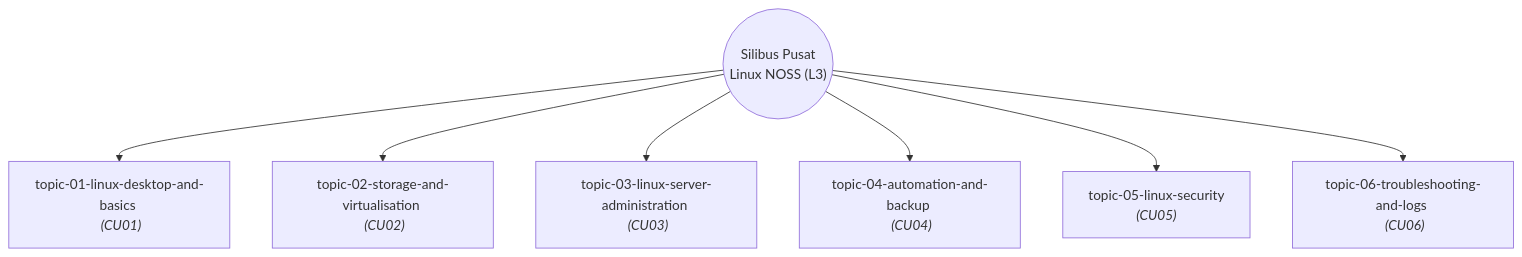
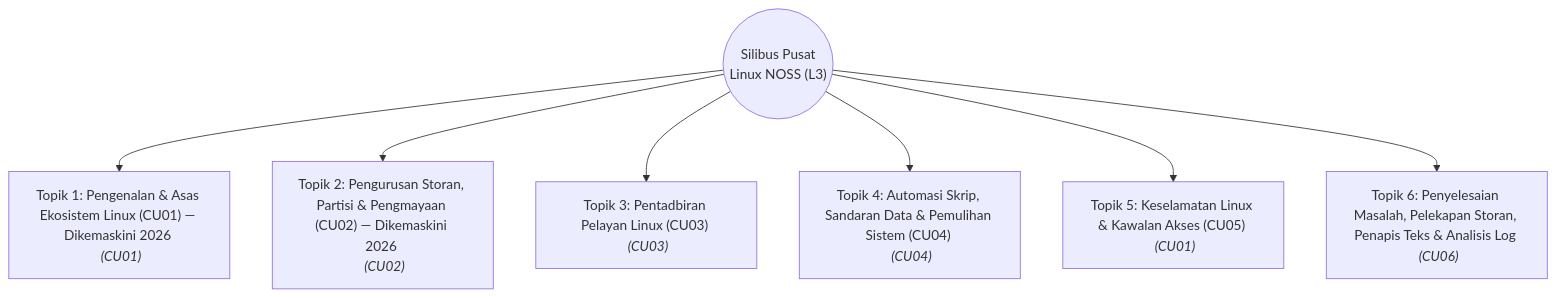
One commit to linuxmalaysia/all-my-notes-as-linux-sysadmin changed the diagram in openwiki/index.md. Above: the diagram before and after it, drawn with Mermaid. The commit also changed other lines of this file and 13 other files, not shown here.

````diff
--- a/openwiki/index.md
+++ b/openwiki/index.md
@@ -52,17 +51,17 @@
 ```mermaid
 graph TD
     Root(("Silibus Pusat\nLinux NOSS (L3)"))
 
-    T1["topic-01-linux-desktop-and-basics <br> <i>(CU01)</i>"]
-    T2["topic-02-storage-and-virtualisation <br> <i>(CU02)</i>"]
-    T3["topic-03-linux-server-administration <br> <i>(CU03)</i>"]
-    T4["topic-04-automation-and-backup <br> <i>(CU04)</i>"]
-    T5["topic-05-linux-security <br> <i>(CU05)</i>"]
-    T6["topic-06-troubleshooting-and-logs <br> <i>(CU06)</i>"]
+    T1["Topik 1: Pengenalan & Asas Ekosistem Linux (CU01) — Dikemaskini 2026 <br> <i>(CU01)</i>"]
+    T2["Topik 2: Pengurusan Storan, Partisi & Pengmayaan (CU02) — Dikemaskini 2026 <br> <i>(CU02)</i>"]
+    T3["Topik 3: Pentadbiran Pelayan Linux (CU03) <br> <i>(CU03)</i>"]
+    T4["Topik 4: Automasi Skrip, Sandaran Data & Pemulihan Sistem (CU04) <br> <i>(CU04)</i>"]
+    T5["Topik 5: Keselamatan Linux & Kawalan Akses (CU05) <br> <i>(CU01)</i>"]
+    T6["Topik 6: Penyelesaian Masalah, Pelekapan Storan, Penapis Teks & Analisis Log <br> <i>(CU06)</i>"]
     Root --> T1
     Root --> T2
     Root --> T3
     Root --> T4
     Root --> T5
     Root --> T6
 ```
````
